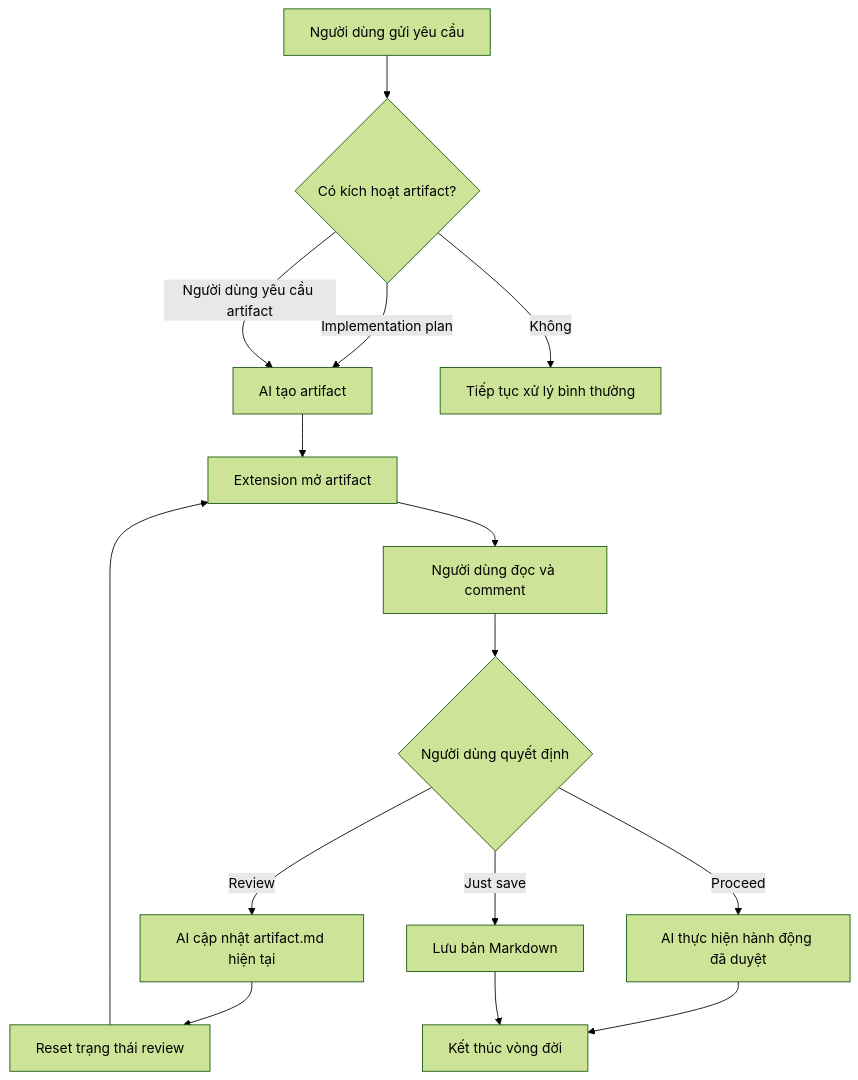
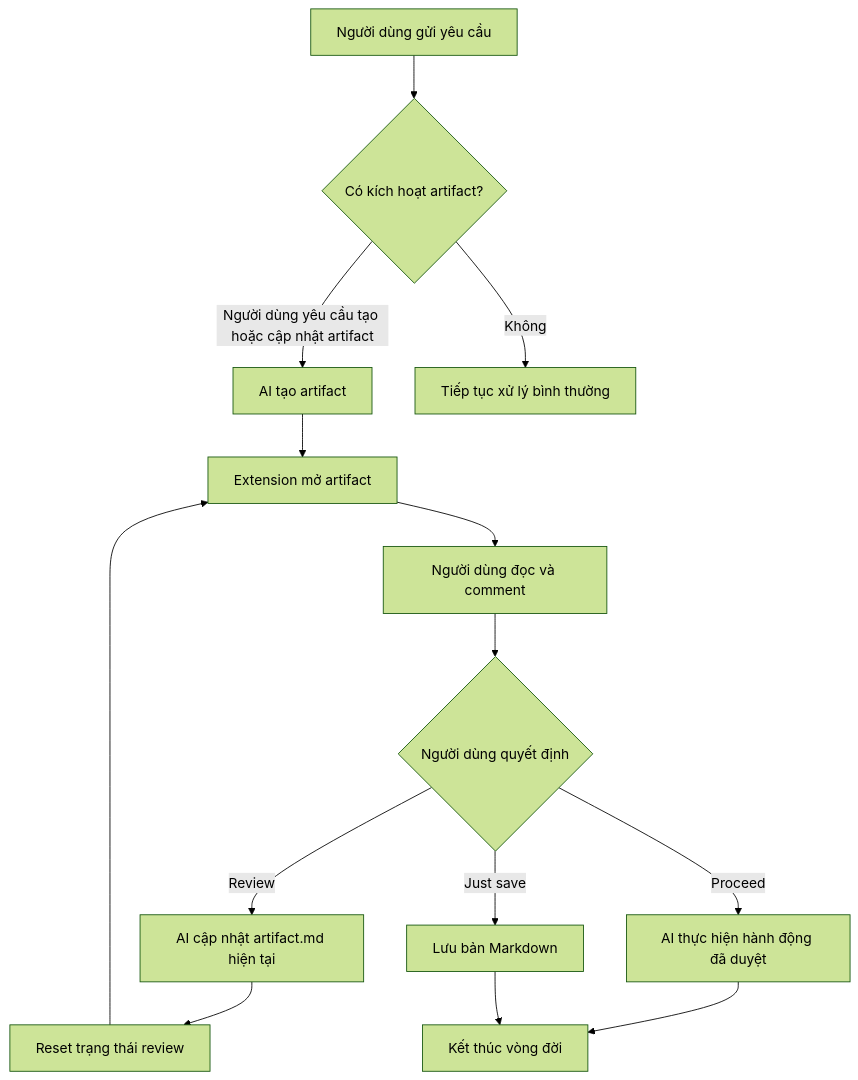
The diagram in docs/PHILOSOPHY.md (huynguyen294/vscode-codex-artifacts), drawn with Mermaid (forest theme) before and after one commit. The commit also changed other lines of this file and 43 other files, not shown here.

````diff
--- a/docs/PHILOSOPHY.md
+++ b/docs/PHILOSOPHY.md
@@ -5,17 +5,16 @@
 ```mermaid
 flowchart TD
     A[Người dùng gửi yêu cầu] --> B{Có kích hoạt artifact?}
-    B -->|Implementation plan| C[AI tạo artifact]
-    B -->|Người dùng yêu cầu artifact| C
+    B -->|Người dùng yêu cầu tạo hoặc cập nhật artifact| C[AI tạo artifact]
     B -->|Không| Z[Tiếp tục xử lý bình thường]
     C --> D[Extension mở artifact]
     D --> E[Người dùng đọc và comment]
     E --> F{Người dùng quyết định}
     F -->|Review| G[AI cập nhật artifact.md hiện tại]
     G --> H[Reset trạng thái review]
     H --> D
     F -->|Proceed| I[AI thực hiện hành động đã duyệt]
     F -->|Just save| J[Lưu bản Markdown]
     I --> K[Kết thúc vòng đời]
     J --> K
 ```
````
